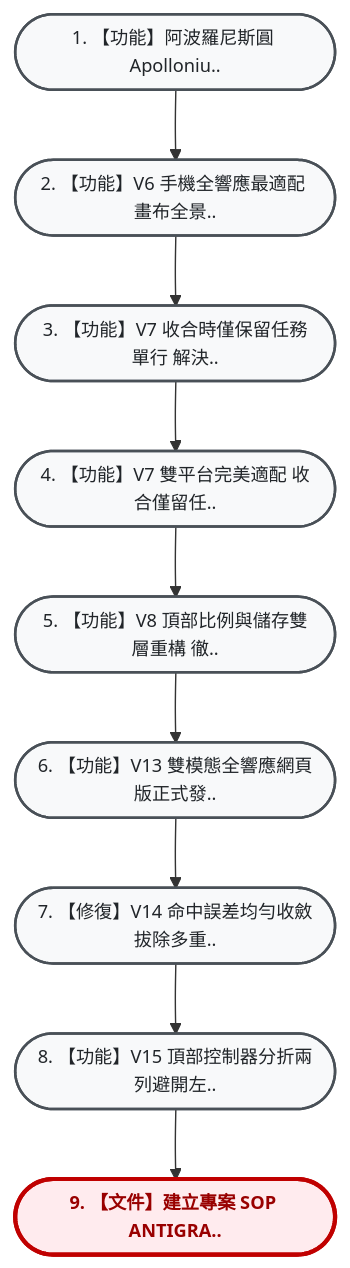
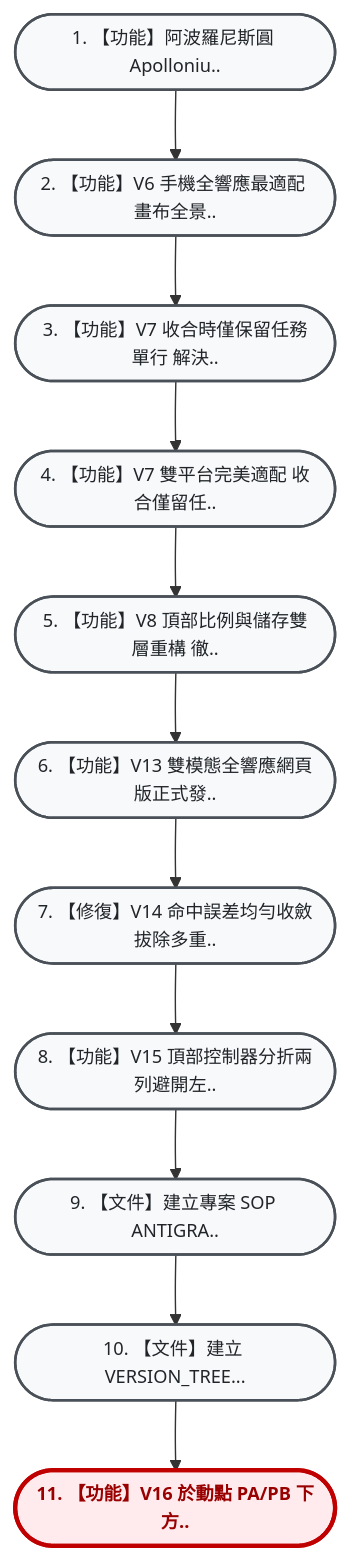
One commit to hjen8/apollonius changed the diagram in VERSION_TREE.md. Above: the diagram before and after it, drawn with Mermaid. The commit also changed other lines of this file, not shown here.

Commit message:
docs: 更新 VERSION_TREE.md 記錄 V16 P點座標標籤

````diff
--- a/VERSION_TREE.md
+++ b/VERSION_TREE.md
@@ -13,26 +13,30 @@
 ```mermaid
 flowchart TD
     %% 雙壁版本樹專用視覺化配色風格 (由上而下 TD 垂直大字純中文版)
     classDef default fill:#f8f9fa,stroke:#495057,stroke-width:1.8px,color:#212529,font-size:13px;
     classDef current fill:#ffebee,stroke:#c00000,stroke-width:3px,color:#900,font-weight:bold,font-size:13px;
     classDef mergeNode fill:#e3f2fd,stroke:#1565c0,stroke-width:2px,color:#0d47a1,font-size:13px;
     classDef detour fill:#fff3e0,stroke:#e65100,stroke-width:2px,color:#b78103,font-size:13px;
     classDef transplant fill:#f3e5f5,stroke:#4a148c,stroke-width:2.5px,color:#4a148c,font-weight:bold,font-size:13px;
     n_dd774c2(["1. 【功能】阿波羅尼斯圓 Apolloniu.."]):::default
     n_8d1e47c(["2. 【功能】V6 手機全響應最適配 畫布全景.."]):::default
     n_e014cd9(["3. 【功能】V7 收合時僅保留任務單行 解決.."]):::default
     n_d5b2657(["4. 【功能】V7 雙平台完美適配 收合僅留任.."]):::default
     n_1d9f205(["5. 【功能】V8 頂部比例與儲存雙層重構 徹.."]):::default
     n_1bfc99a(["6. 【功能】V13 雙模態全響應網頁版正式發.."]):::default
     n_e6e8bc3(["7. 【修復】V14 命中誤差均勻收斂拔除多重.."]):::default
     n_d2e2b42(["8. 【功能】V15 頂部控制器分折兩列避開左.."]):::default
-    n_127d7f7(["9. 【文件】建立專案 SOP ANTIGRA.."]):::current
+    n_127d7f7(["9. 【文件】建立專案 SOP ANTIGRA.."]):::default
+    n_6b66723(["10. 【文件】建立 VERSION_TREE..."]):::default
+    n_18fe5fb(["11. 【功能】V16 於動點 PA/PB 下方.."]):::current
     n_dd774c2 --> n_8d1e47c
     n_8d1e47c --> n_e014cd9
     n_e014cd9 --> n_d5b2657
     n_d5b2657 --> n_1d9f205
     n_1d9f205 --> n_1bfc99a
     n_1bfc99a --> n_e6e8bc3
     n_e6e8bc3 --> n_d2e2b42
     n_d2e2b42 --> n_127d7f7
+    n_127d7f7 --> n_6b66723
+    n_6b66723 --> n_18fe5fb
 ```
````
